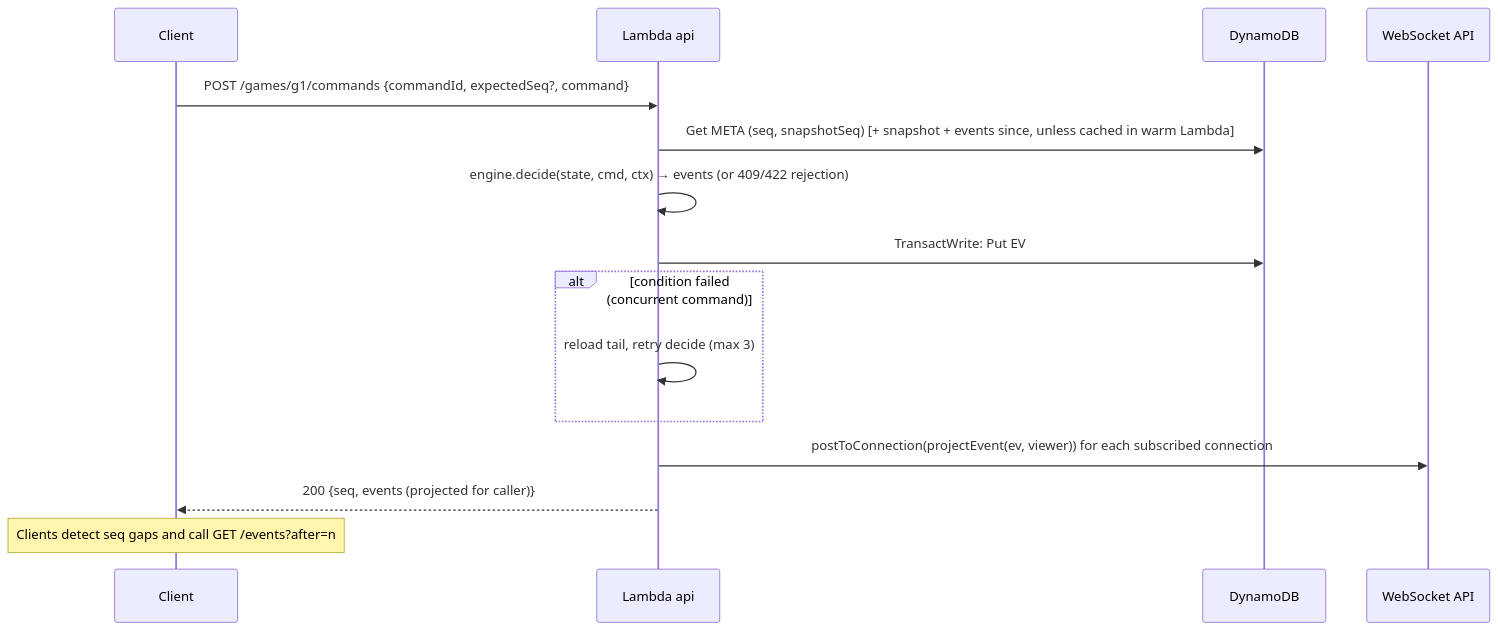
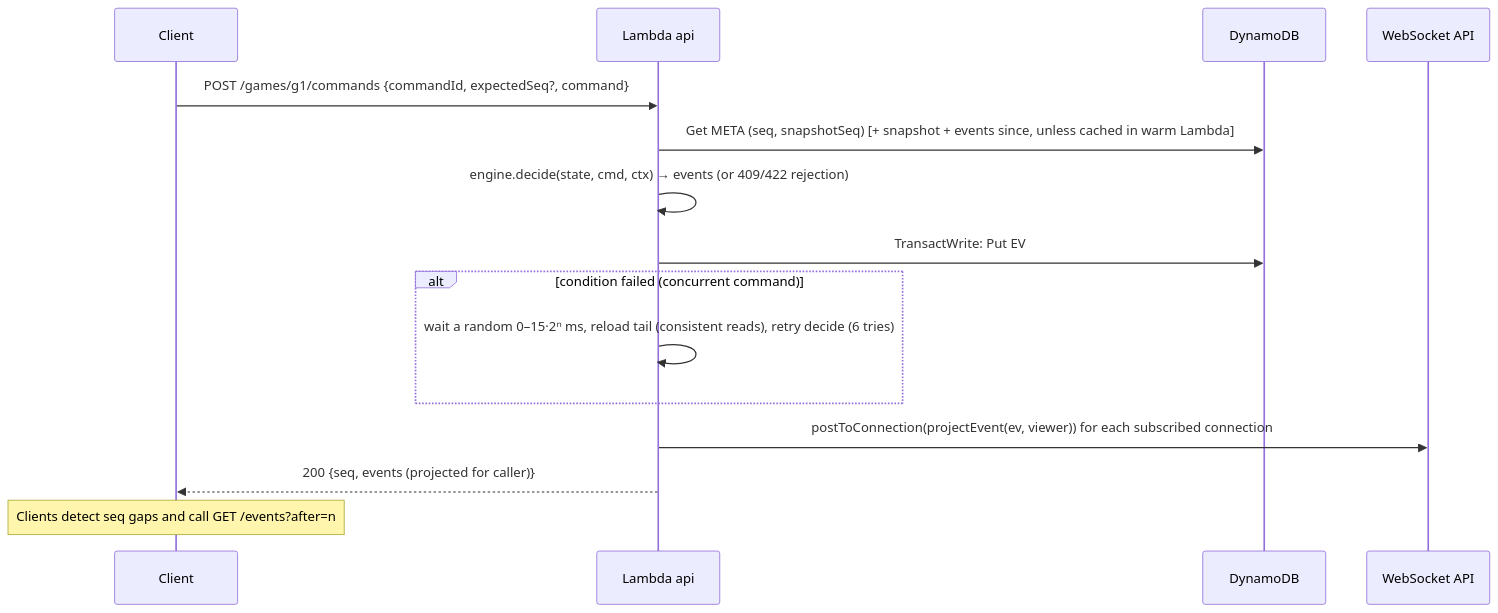
Before and after one commit to VTES-JOL/torn-signpost: the second of 2 diagrams in docs/02-architecture.md, drawn with Mermaid. The commit also changed other lines of this file and 9 other files, not shown here.

````diff
--- a/docs/02-architecture.md
+++ b/docs/02-architecture.md
@@ -362,17 +362,17 @@
 ```mermaid
 sequenceDiagram
   participant C as Client
   participant A as Lambda api
   participant D as DynamoDB
   participant W as WebSocket API
   C->>A: POST /games/g1/commands {commandId, expectedSeq?, command}
   A->>D: Get META (seq, snapshotSeq) [+ snapshot + events since, unless cached in warm Lambda]
   A->>A: engine.decide(state, cmd, ctx) → events (or 409/422 rejection)
   A->>D: TransactWrite: Put EV#seq+1..n · Update META seq (cond. seq = expected) · Put CMD#commandId (cond. not exists) [· Put SNAP every 25 events]
   alt condition failed (concurrent command)
-    A->>A: reload tail, retry decide (max 3)
+    A->>A: wait a random 0–15·2ⁿ ms, reload tail (consistent reads), retry decide (6 tries)
   end
   A->>W: postToConnection(projectEvent(ev, viewer)) for each subscribed connection
   A-->>C: 200 {seq, events (projected for caller)}
   Note over C: Clients detect seq gaps and call GET /events?after=n
 ```
````
